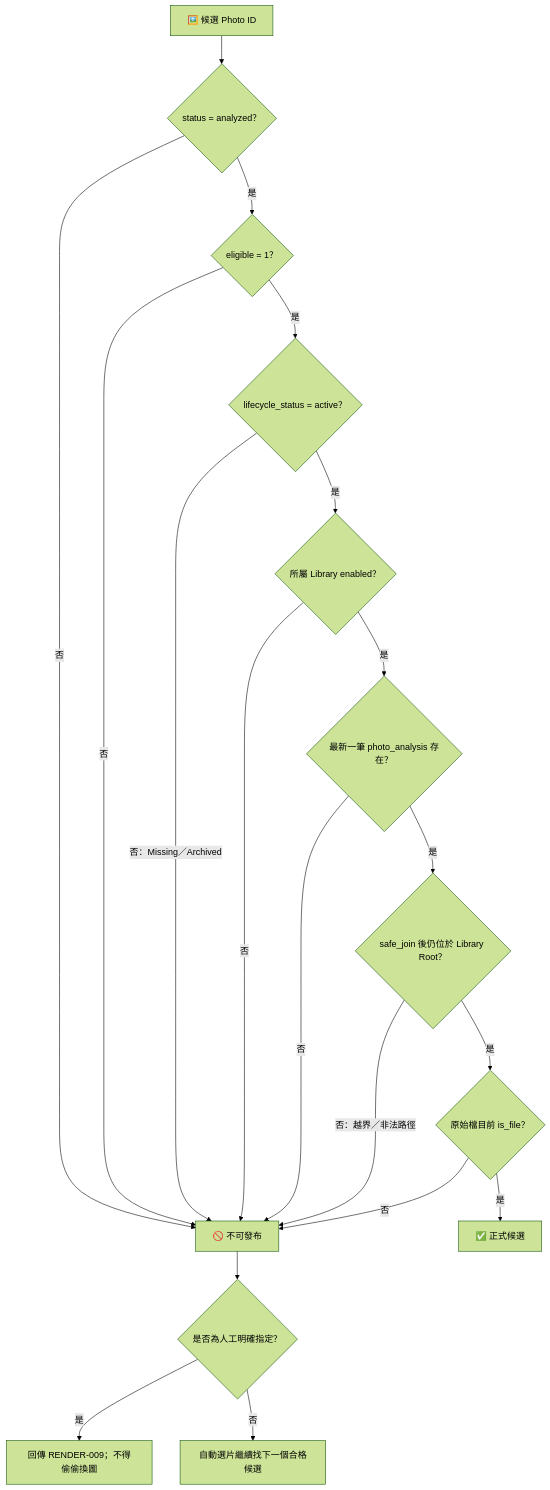
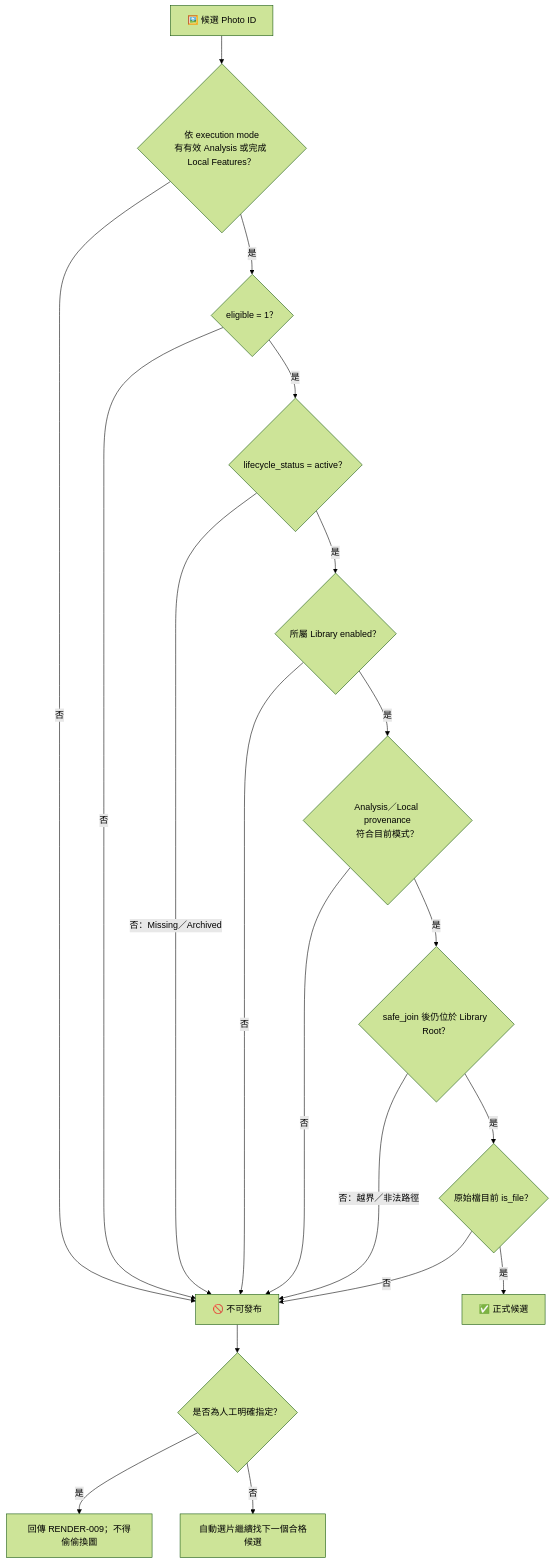
Before and after one commit to steven87090799/InkTime: the sixth of 15 diagrams in README.md, drawn with Mermaid (forest theme). The commit also changed other lines of this file and 45 other files, not shown here.

Commit message:
docs: sync project documentation with current architecture

````diff
--- a/README.md
+++ b/README.md
@@ -267,22 +270,22 @@
 ```mermaid
 flowchart TD
-    CANDIDATE["🖼️ 候選 Photo ID"] --> S1{"status = analyzed？"}
+    CANDIDATE["🖼️ 候選 Photo ID"] --> S1{"依 execution mode<br/>有有效 Analysis 或完成 Local Features？"}
     S1 -->|否| REJECT["🚫 不可發布"]
     S1 -->|是| S2{"eligible = 1？"}
     S2 -->|否| REJECT
     S2 -->|是| S3{"lifecycle_status = active？"}
     S3 -->|否：Missing／Archived| REJECT
     S3 -->|是| S4{"所屬 Library enabled？"}
     S4 -->|否| REJECT
-    S4 -->|是| S5{"最新一筆 photo_analysis 存在？"}
+    S4 -->|是| S5{"Analysis／Local provenance<br/>符合目前模式？"}
     S5 -->|否| REJECT
     S5 -->|是| S6{"safe_join 後仍位於 Library Root？"}
     S6 -->|否：越界／非法路徑| REJECT
     S6 -->|是| S7{"原始檔目前 is_file？"}
     S7 -->|否| REJECT
     S7 -->|是| ACCEPT["✅ 正式候選"]
 
     REJECT --> EXPLICIT{"是否為人工明確指定？"}
     EXPLICIT -->|是| ERROR["回傳 RENDER-009；不得偷偷換圖"]
     EXPLICIT -->|否| CONTINUE["自動選片繼續找下一個合格候選"]
 ```
````
